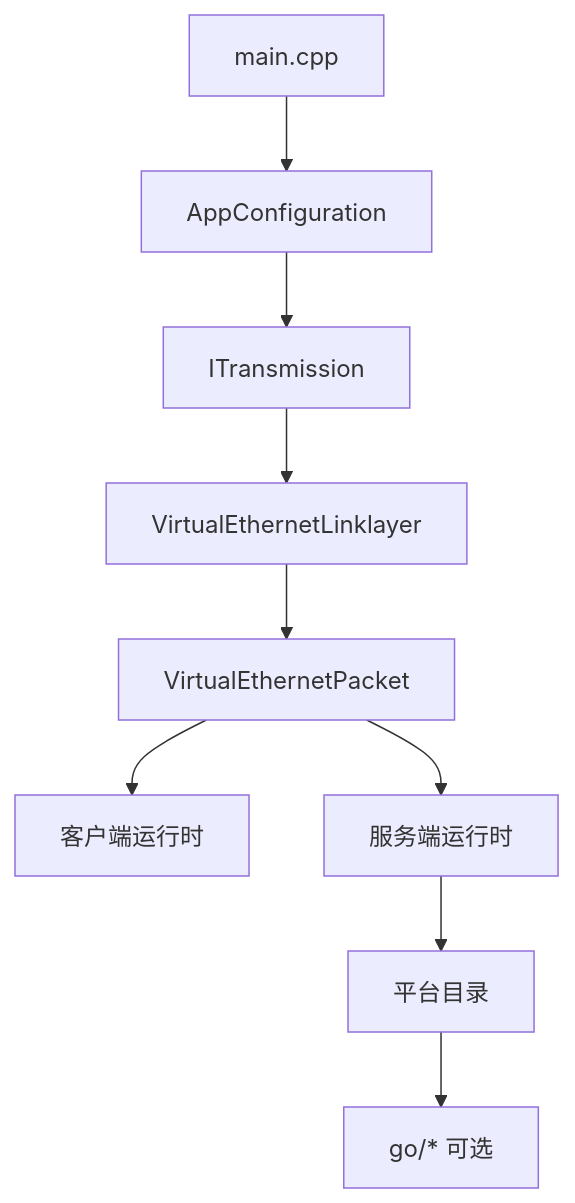
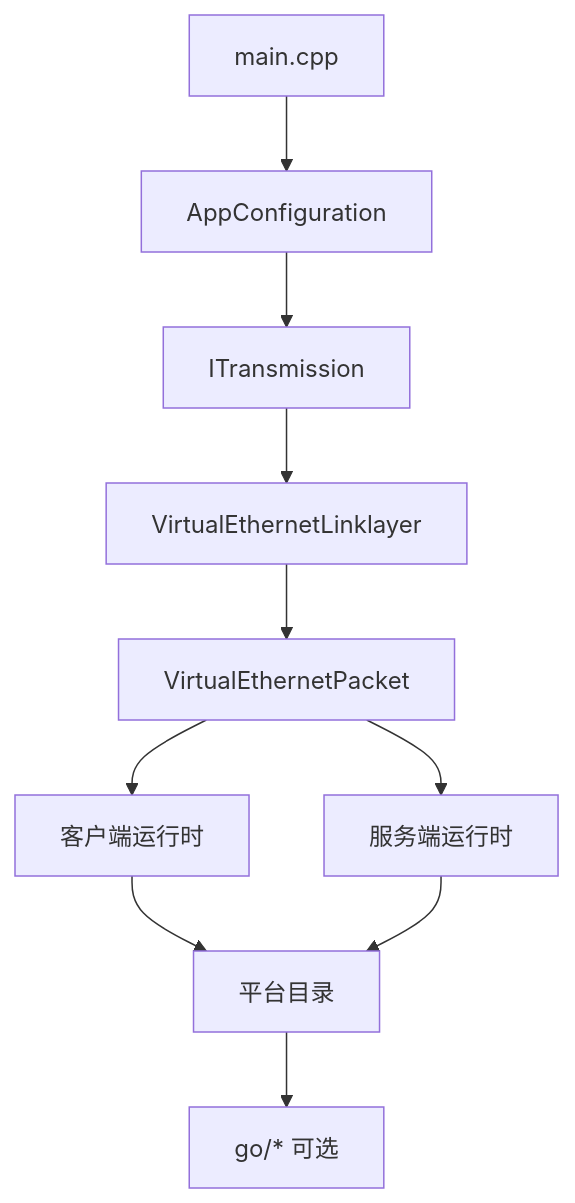
One commit to HyacinthHaru/openppp2 changed the first of 11 diagrams in docs/SOURCE_READING_GUIDE_CN.md. Above: the diagram before and after it, drawn with Mermaid. The commit also changed other lines of this file and 93 other files, not shown here.

````diff
--- a/docs/SOURCE_READING_GUIDE_CN.md
+++ b/docs/SOURCE_READING_GUIDE_CN.md
@@ -21,11 +25,12 @@
 ```mermaid
 flowchart TD
     A[main.cpp] --> B[AppConfiguration]
     B --> C[ITransmission]
     C --> D[VirtualEthernetLinklayer]
     D --> E[VirtualEthernetPacket]
     E --> F[客户端运行时]
     E --> G[服务端运行时]
-    G --> H[平台目录]
+    F --> H[平台目录]
+    G --> H
     H --> I[go/* 可选]
 ```
````
